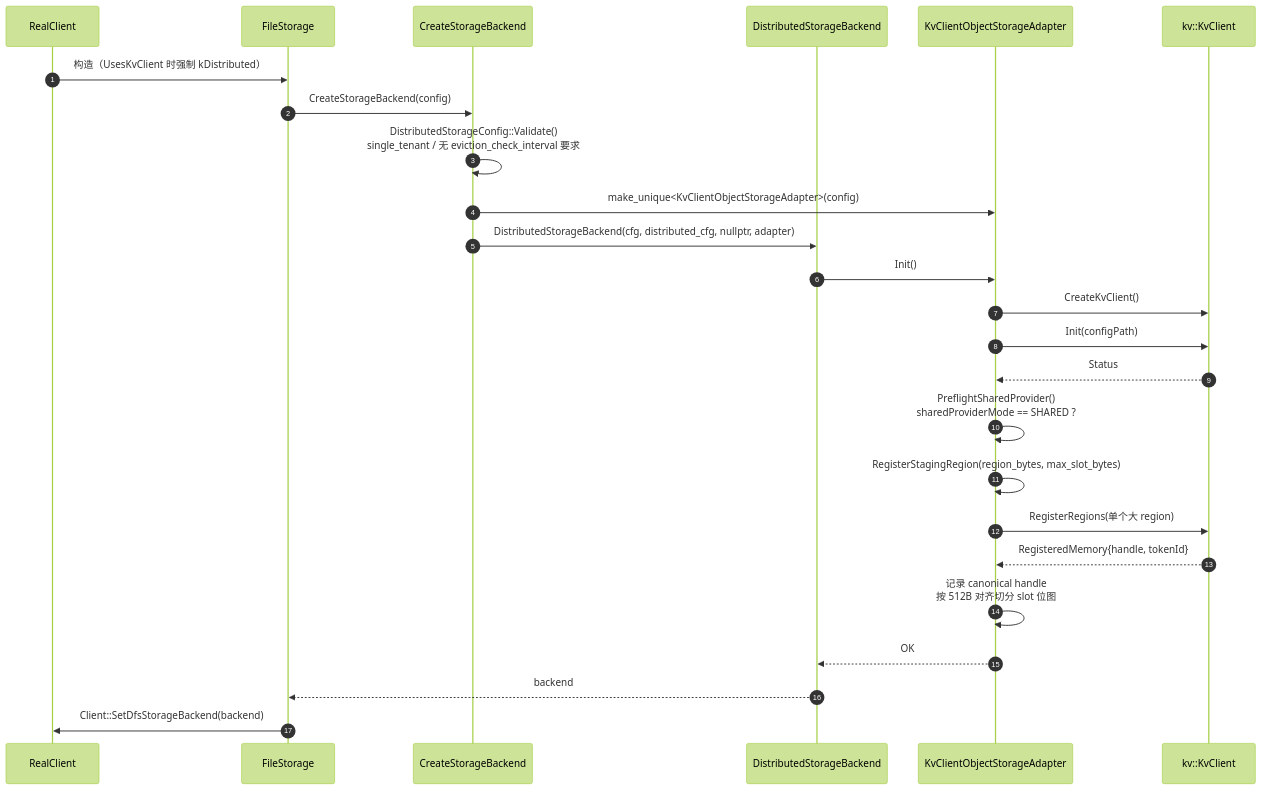
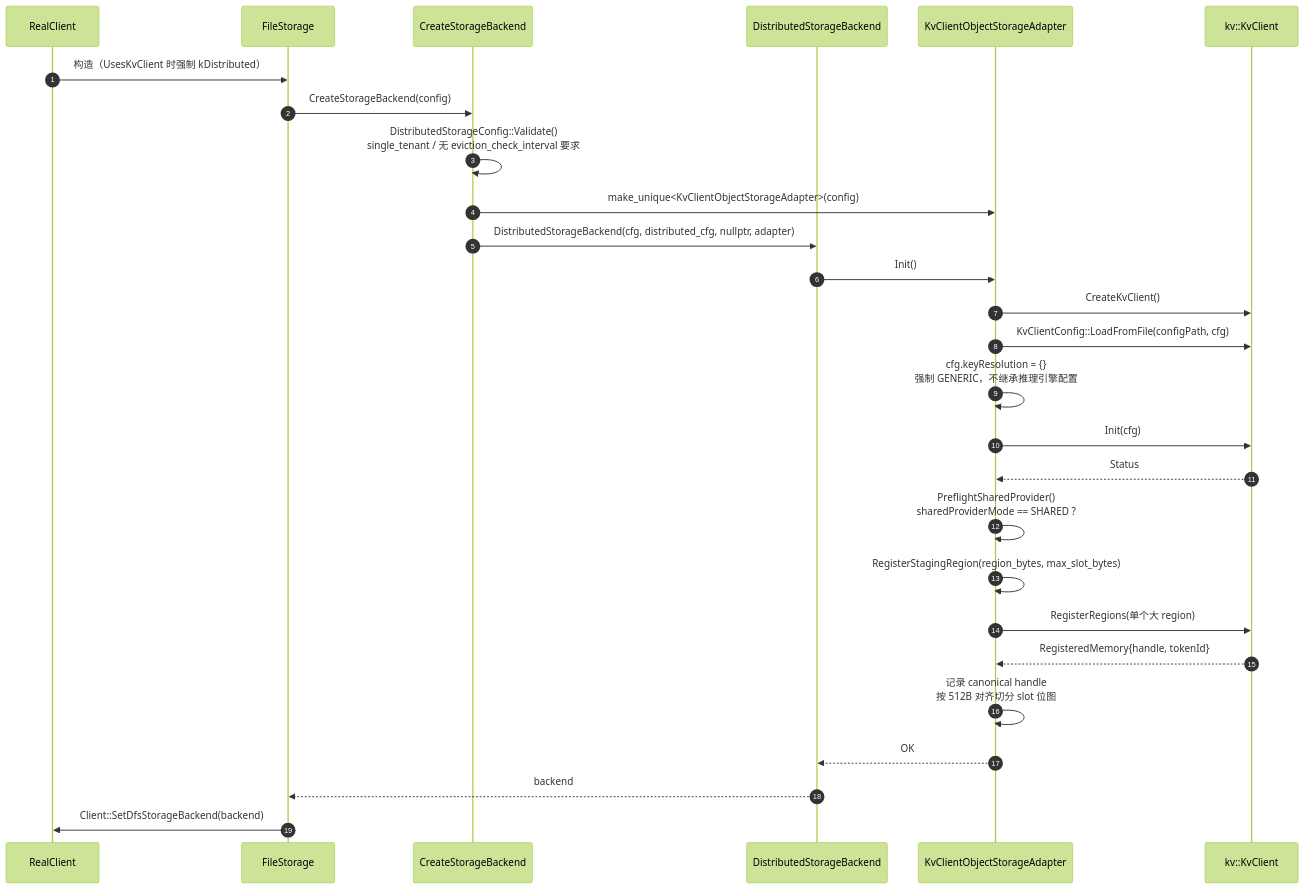
The eighth of 13 diagrams in Mooncake + KVClient L3 接入（Kvcs）- v3.md (zwj20000328-dotcom/Mooncake-documents), drawn with Mermaid (forest theme) before and after one commit. The commit also changed other lines of this file, not shown here.

First line of the commit message:
docs: align KvClient L3 design with SDK string-key/namespace API (v3.1)

````diff
--- a/Mooncake + KVClient L3 接入（Kvcs）- v3.md
+++ b/Mooncake + KVClient L3 接入（Kvcs）- v3.md
@@ -564,28 +579,30 @@
 ```mermaid
 sequenceDiagram
     autonumber
     participant RC as RealClient
     participant FS as FileStorage
     participant F as CreateStorageBackend
     participant BE as DistributedStorageBackend
     participant AD as KvClientObjectStorageAdapter
     participant SDK as kv::KvClient
 
     RC->>FS: 构造（UsesKvClient 时强制 kDistributed）
     FS->>F: CreateStorageBackend(config)
     F->>F: DistributedStorageConfig::Validate()<br/>single_tenant / 无 eviction_check_interval 要求
     F->>AD: make_unique<KvClientObjectStorageAdapter>(config)
     F->>BE: DistributedStorageBackend(cfg, distributed_cfg, nullptr, adapter)
     BE->>AD: Init()
     AD->>SDK: CreateKvClient()
-    AD->>SDK: Init(configPath)
+    AD->>SDK: KvClientConfig::LoadFromFile(configPath, cfg)
+    AD->>AD: cfg.keyResolution = {}<br/>强制 GENERIC，不继承推理引擎配置
+    AD->>SDK: Init(cfg)
     SDK-->>AD: Status
     AD->>AD: PreflightSharedProvider()<br/>sharedProviderMode == SHARED ?
     AD->>AD: RegisterStagingRegion(region_bytes, max_slot_bytes)
     AD->>SDK: RegisterRegions(单个大 region)
     SDK-->>AD: RegisteredMemory{handle, tokenId}
     AD->>AD: 记录 canonical handle<br/>按 512B 对齐切分 slot 位图
     AD-->>BE: OK
     BE-->>FS: backend
     FS->>RC: Client::SetDfsStorageBackend(backend)
 ```
````
